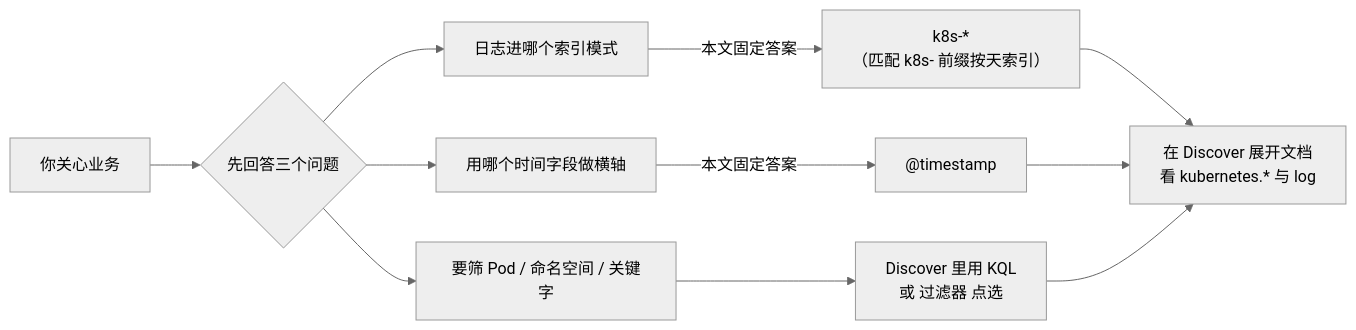
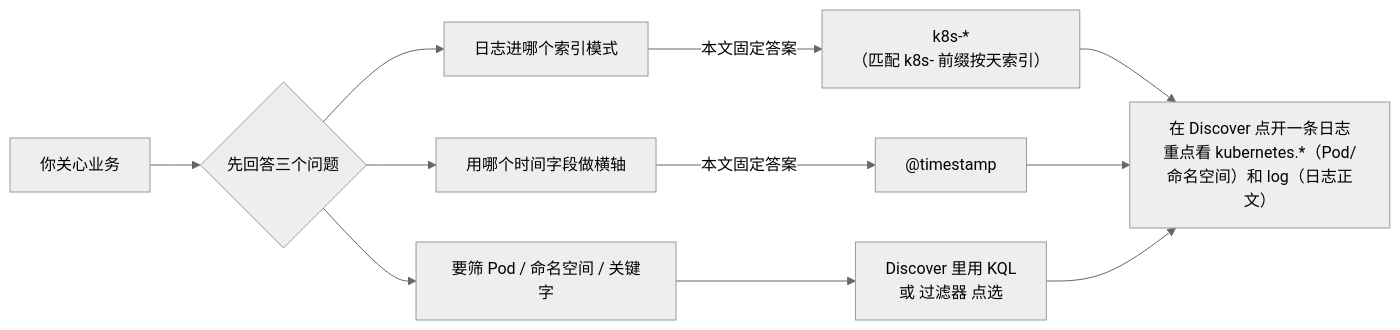
One commit to brinnatt/kubeauto changed diagram 14 of 32 in docs/efk/EFK.md. Above: the diagram before and after it, drawn with Mermaid (neutral theme). The commit also changed other lines of this file, not shown here.

````diff
--- a/docs/efk/EFK.md
+++ b/docs/efk/EFK.md
@@ -994,13 +992,13 @@
 ```mermaid
 flowchart LR
   A[你关心业务] --> B{先回答三个问题}
   B --> C[日志进哪个索引模式]
   C -->|本文固定答案| D["k8s-*<br>（匹配 k8s- 前缀按天索引）"]
   B --> E[用哪个时间字段做横轴]
   E -->|本文固定答案| F["@timestamp"]
   B --> G[要筛 Pod / 命名空间 / 关键字]
   G --> H[Discover 里用 KQL<br>或 过滤器 点选]
-  D --> I[在 Discover 展开文档<br>看 kubernetes.* 与 log]
+  D --> I[在 Discover 点开一条日志<br>重点看 kubernetes.*（Pod/命名空间）和 log（日志正文）]
   F --> I
   H --> I
 ```
````
